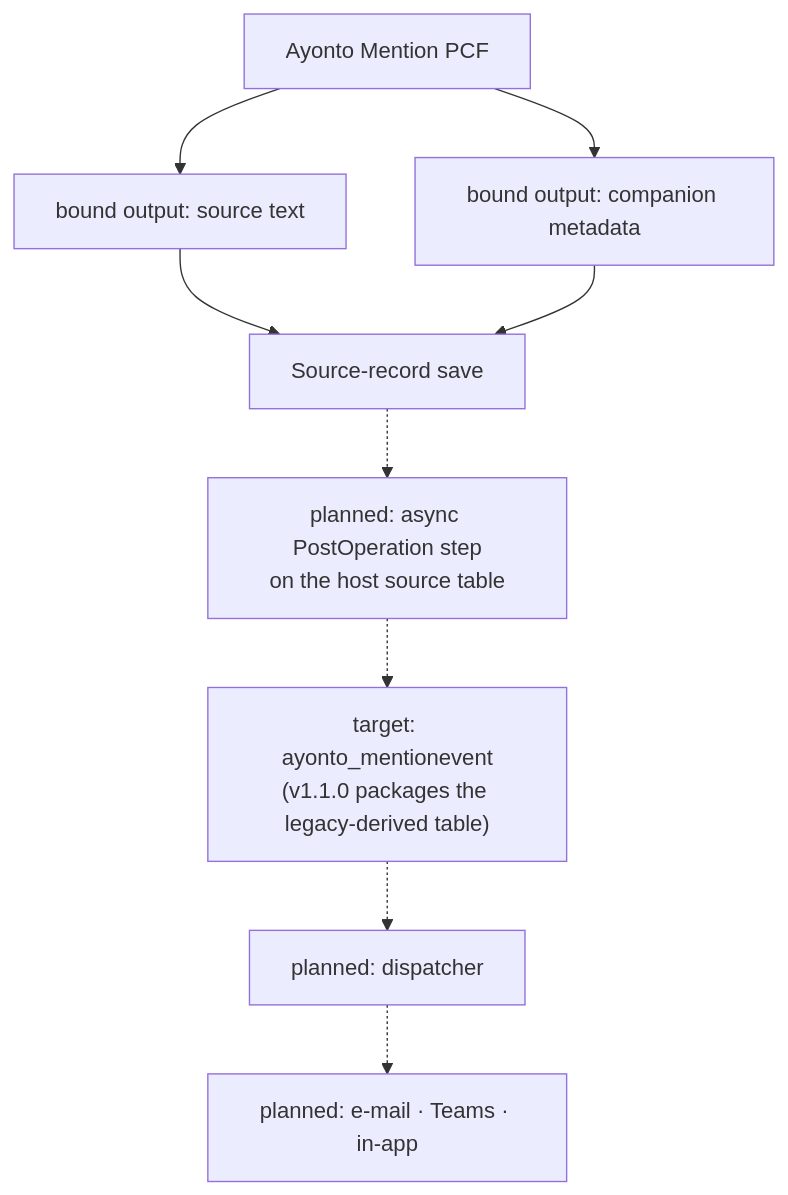
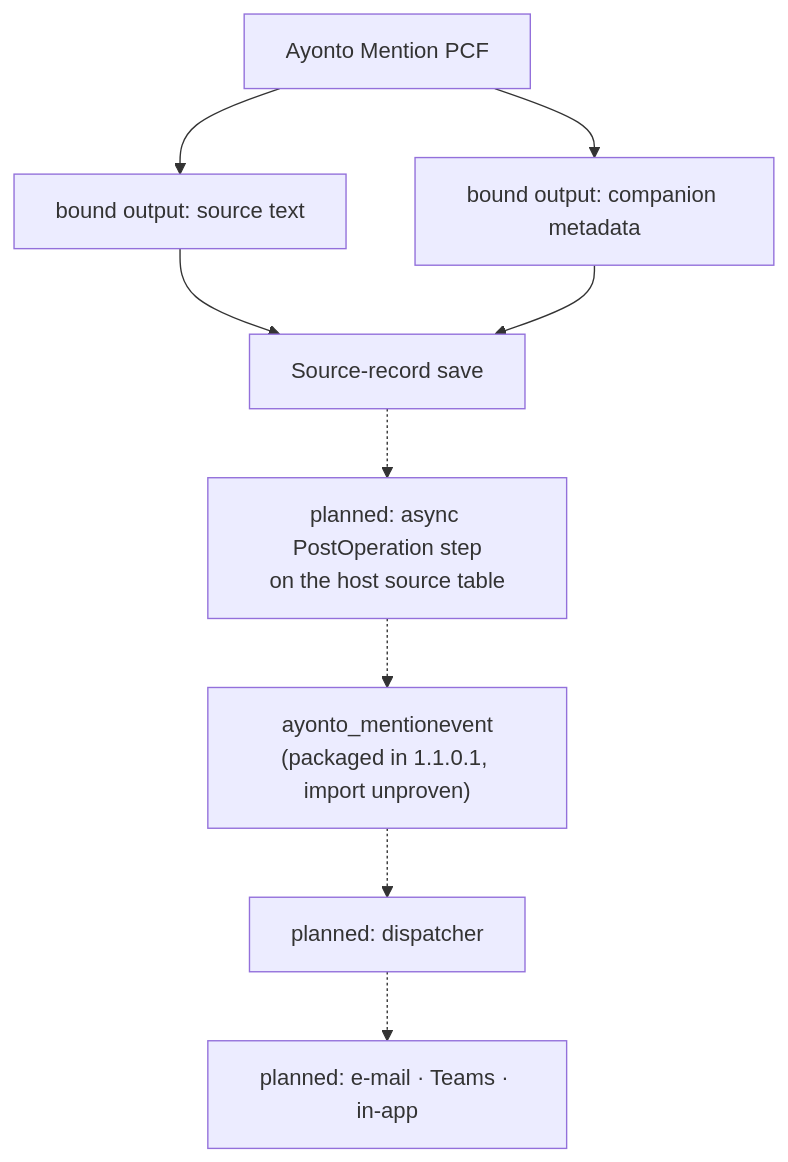
Before and after one commit to Ayonto-Digital-Solutions/ayonto-mention: the diagram in docs/server-architecture.md, drawn with Mermaid. The commit also changed other lines of this file and 10 other files, not shown here.

````diff
--- a/docs/server-architecture.md
+++ b/docs/server-architecture.md
@@ -371,11 +447,11 @@
 ```mermaid
 flowchart TD
     pcf["Ayonto Mention PCF"] --> text["bound output: source text"]
     pcf --> meta["bound output: companion metadata"]
     text --> save["Source-record save"]
     meta --> save
     save -.-> step["planned: async PostOperation step<br/>on the host source table"]
-    step -.-> ledger["target: ayonto_mentionevent<br/>(v1.1.0 packages the legacy-derived table)"]
+    step -.-> ledger["ayonto_mentionevent<br/>(packaged in 1.1.0.1, import unproven)"]
     ledger -.-> dispatcher["planned: dispatcher"]
     dispatcher -.-> channels["planned: e-mail · Teams · in-app"]
 ```
````
